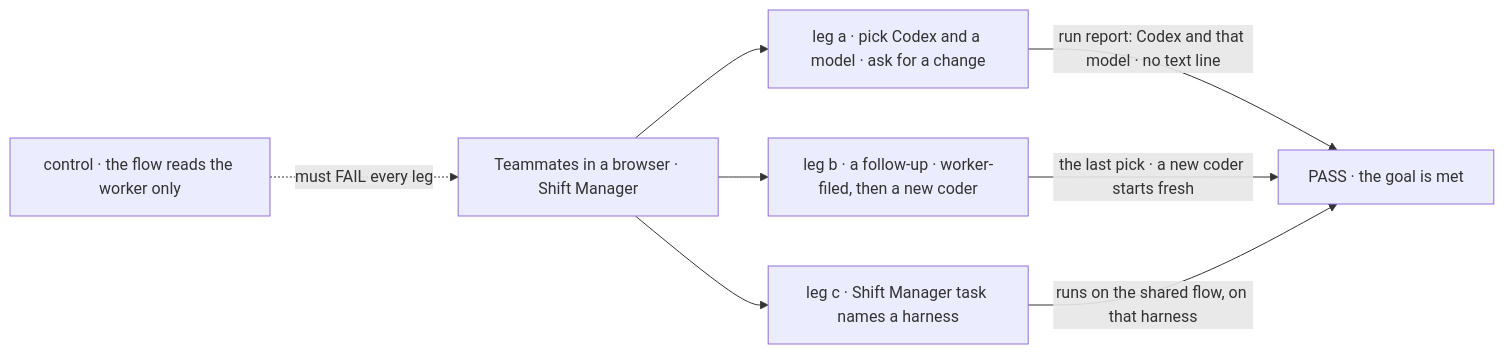
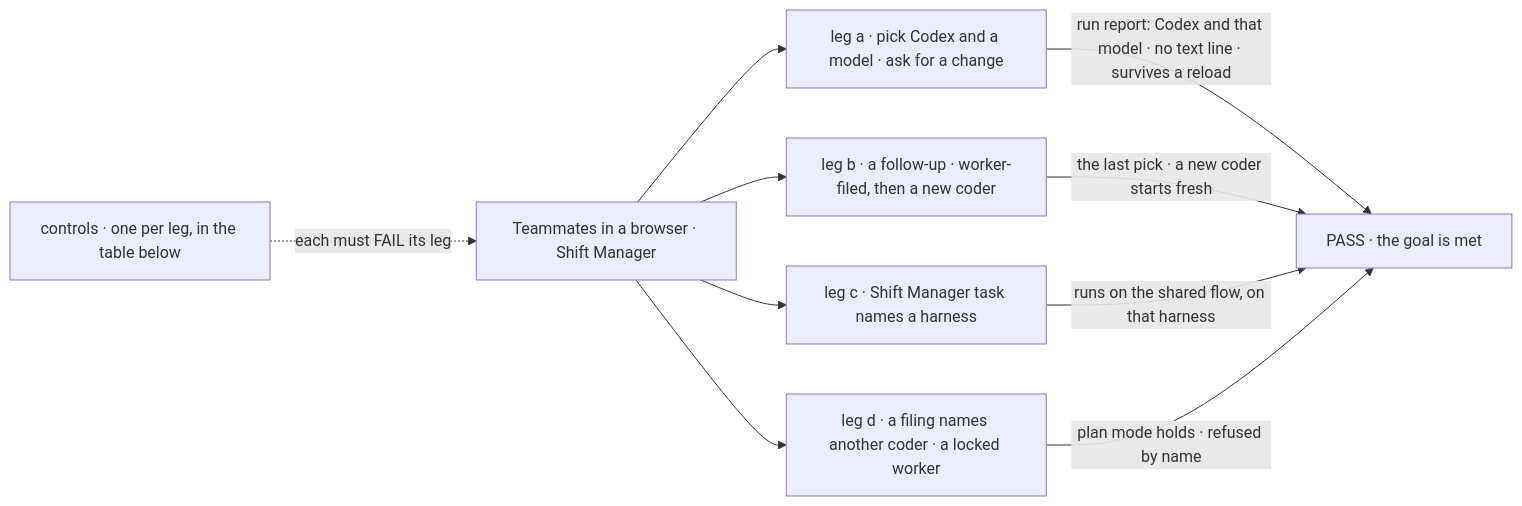
One commit to fixpoint-labs/flow-state-dev changed the first of 2 diagrams in specs/epics/FIX-2876/SPEC.md. Above: the diagram before and after it, drawn with Mermaid. The commit also changed other lines of this file and 4 other files, not shown here.

````diff
--- a/specs/epics/FIX-2876/SPEC.md
+++ b/specs/epics/FIX-2876/SPEC.md
@@ -33,10 +33,12 @@
 ```mermaid
 flowchart LR
   A["Teammates in a browser · Shift Manager"] --> L1["leg a · pick Codex and a model · ask for a change"]
   A --> L2["leg b · a follow-up · worker-filed, then a new coder"]
   A --> L3["leg c · Shift Manager task names a harness"]
-  L1 -->|"run report: Codex and that model · no text line"| P["PASS · the goal is met"]
+  A --> L4["leg d · a filing names another coder · a locked worker"]
+  L1 -->|"run report: Codex and that model · no text line · survives a reload"| P["PASS · the goal is met"]
   L2 -->|"the last pick · a new coder starts fresh"| P
   L3 -->|"runs on the shared flow, on that harness"| P
-  C["control · the flow reads the worker only"] -.->|"must FAIL every leg"| A
+  L4 -->|"plan mode holds · refused by name"| P
+  C["controls · one per leg, in the table below"] -.->|"each must FAIL its leg"| A
 ```
````
